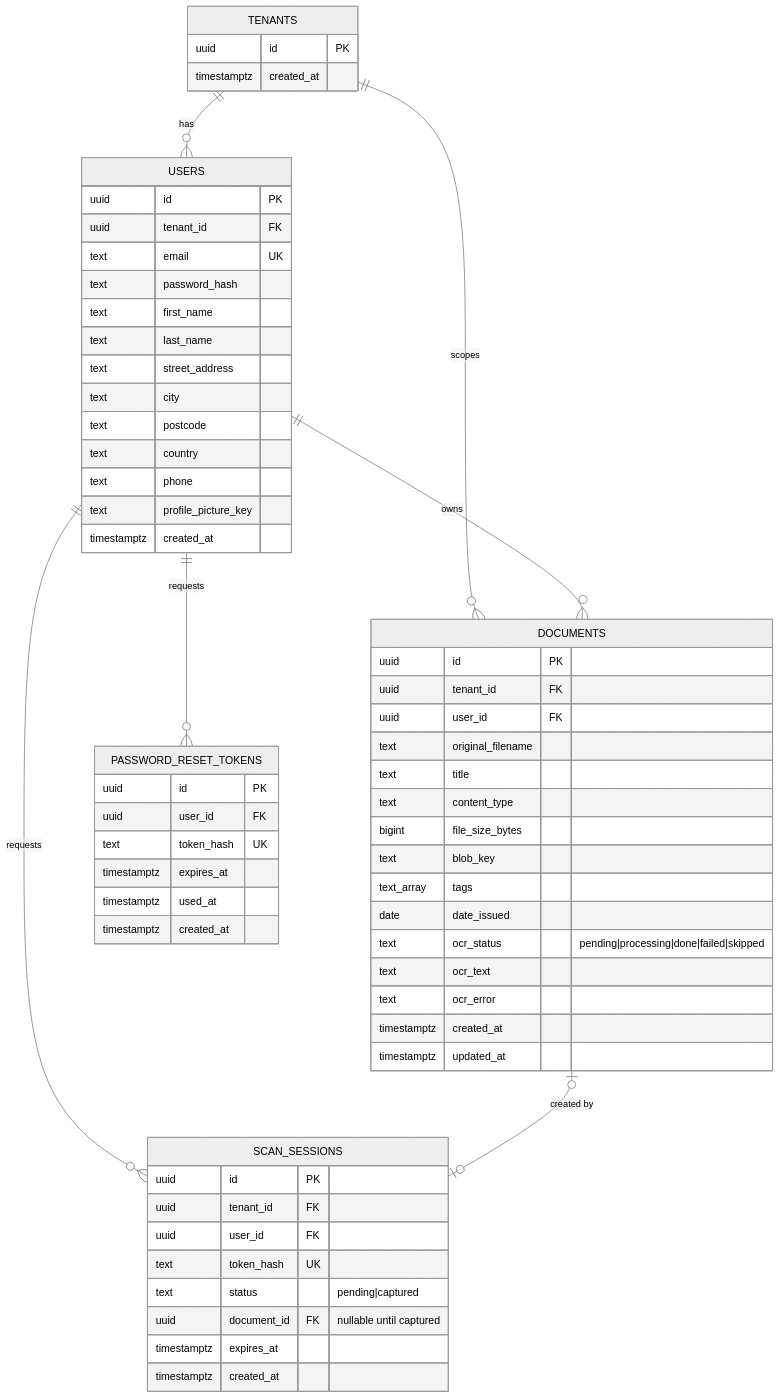
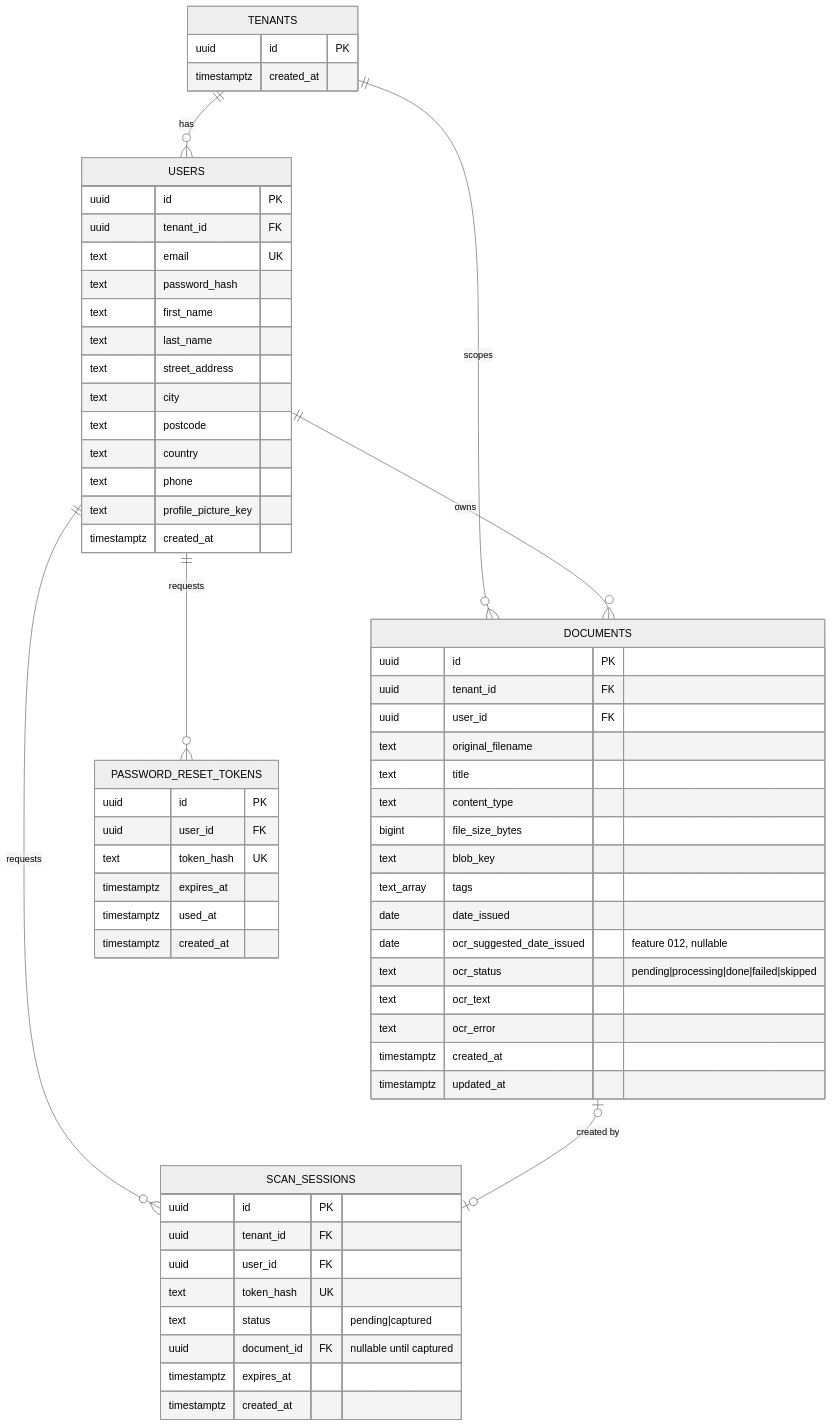
Before and after one commit to yaremam/docuflow: the third of 3 diagrams in docs/ARCHITECTURE.md, drawn with Mermaid (neutral theme). The commit also changed other lines of this file and 22 other files, not shown here.

First line of the commit message:
Add OCR-based issued-date suggestion (feature 012)

````diff
--- a/docs/ARCHITECTURE.md
+++ b/docs/ARCHITECTURE.md
@@ -134,64 +134,65 @@
 ```mermaid
 erDiagram
     TENANTS ||--o{ USERS : "has"
     TENANTS ||--o{ DOCUMENTS : "scopes"
     USERS ||--o{ DOCUMENTS : "owns"
     USERS ||--o{ PASSWORD_RESET_TOKENS : "requests"
     USERS ||--o{ SCAN_SESSIONS : "requests"
     DOCUMENTS |o--o| SCAN_SESSIONS : "created by"
 
     TENANTS {
         uuid id PK
         timestamptz created_at
     }
     USERS {
         uuid id PK
         uuid tenant_id FK
         text email UK
         text password_hash
         text first_name
         text last_name
         text street_address
         text city
         text postcode
         text country
         text phone
         text profile_picture_key
         timestamptz created_at
     }
     PASSWORD_RESET_TOKENS {
         uuid id PK
         uuid user_id FK
         text token_hash UK
         timestamptz expires_at
         timestamptz used_at
         timestamptz created_at
     }
     DOCUMENTS {
         uuid id PK
         uuid tenant_id FK
         uuid user_id FK
         text original_filename
         text title
         text content_type
         bigint file_size_bytes
         text blob_key
         text_array tags
         date date_issued
+        date ocr_suggested_date_issued "feature 012, nullable"
         text ocr_status "pending|processing|done|failed|skipped"
         text ocr_text
         text ocr_error
         timestamptz created_at
         timestamptz updated_at
     }
     SCAN_SESSIONS {
         uuid id PK
         uuid tenant_id FK
         uuid user_id FK
         text token_hash UK
         text status "pending|captured"
         uuid document_id FK "nullable until captured"
         timestamptz expires_at
         timestamptz created_at
     }
 ```
````
